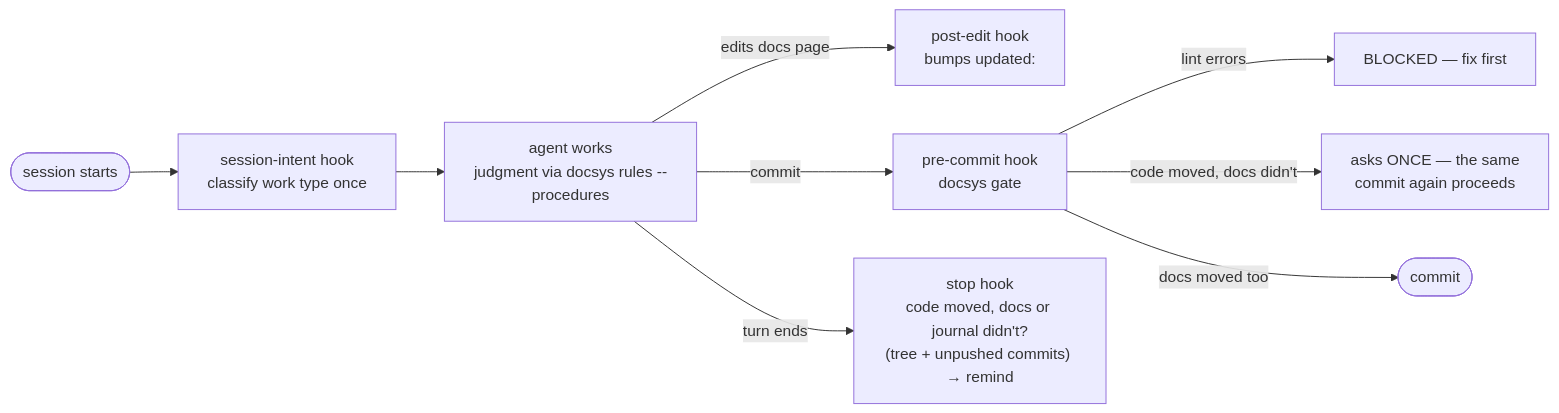
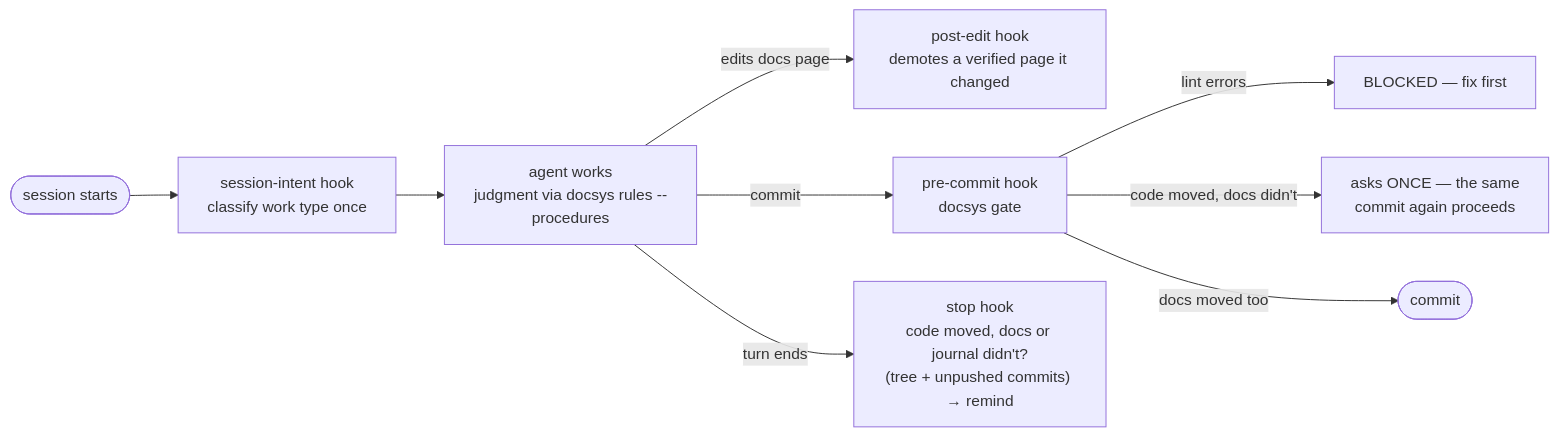
Before and after one commit to FatihErtugral/docsys: the fourth of 7 diagrams in README.md, drawn with Mermaid. The commit also changed other lines of this file and 57 other files, not shown here.

````diff
--- a/README.md
+++ b/README.md
@@ -131,11 +131,11 @@
 ```mermaid
 flowchart LR
     S([session starts]) --> SI["session-intent hook<br/>classify work type once"]
     SI --> WORK["agent works<br/>judgment via docsys rules --procedures"]
-    WORK -- "edits docs page" --> PU["post-edit hook<br/>bumps updated:"]
+    WORK -- "edits docs page" --> PU["post-edit hook<br/>demotes a verified page it changed"]
     WORK -- "commit" --> PC["pre-commit hook<br/>docsys gate"]
     WORK -- "turn ends" --> ST["stop hook<br/>code moved, docs or journal didn't?<br/>(tree + unpushed commits) → remind"]
     PC -- "lint errors" --> BLOCK[BLOCKED — fix first]
     PC -- "code moved, docs didn't" --> ASK["asks ONCE — the same<br/>commit again proceeds"]
     PC -- "docs moved too" --> DONE([commit])
 ```
````
